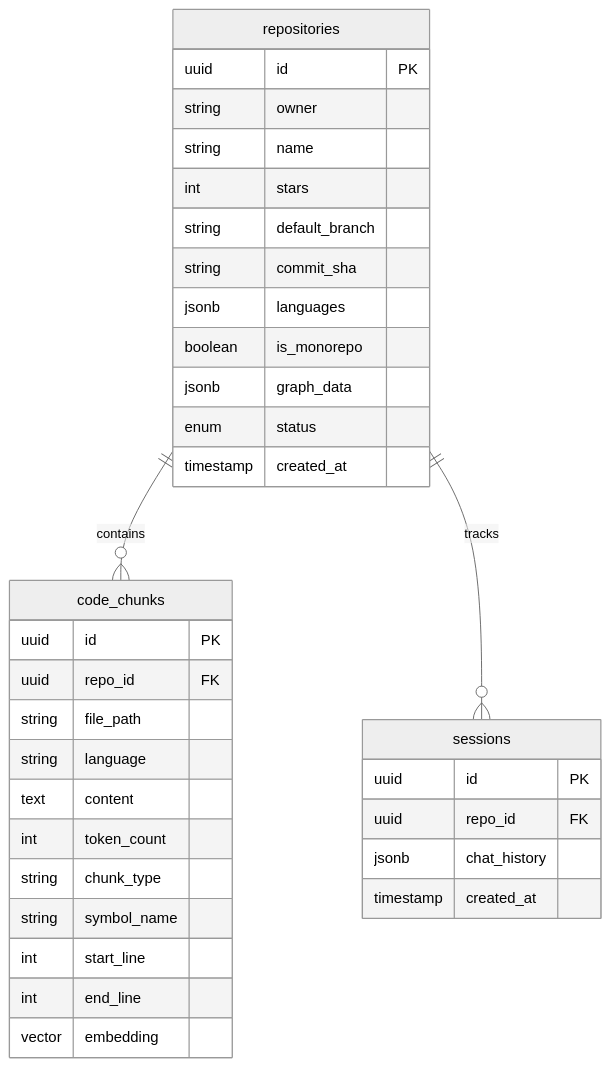
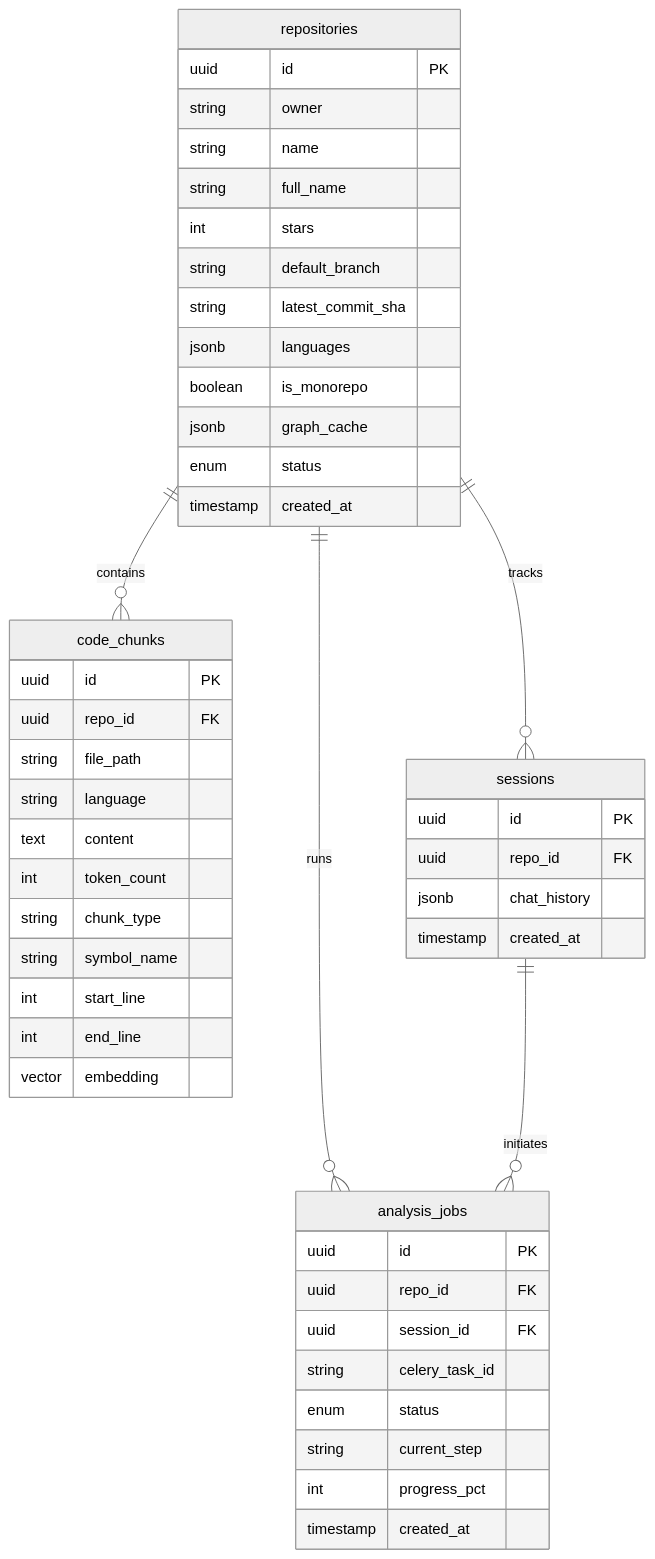
Before and after one commit to KaranParmar19/DEVLENS.ai: the third of 3 diagrams in README.md, drawn with Mermaid (neutral theme). The commit also changed other lines of this file, not shown here.

Commit message:
docs(readme): sync API routes, schema fields, and project layout

````diff
--- a/README.md
+++ b/README.md
@@ -276,40 +276,54 @@
 ```mermaid
 erDiagram
     repositories ||--o{ code_chunks : contains
     repositories ||--o{ sessions : tracks
+    repositories ||--o{ analysis_jobs : runs
+    sessions ||--o{ analysis_jobs : initiates
 
     repositories {
         uuid id PK
         string owner
         string name
+        string full_name
         int stars
         string default_branch
-        string commit_sha
+        string latest_commit_sha
         jsonb languages
         boolean is_monorepo
-        jsonb graph_data
+        jsonb graph_cache
         enum status
         timestamp created_at
     }
 
     code_chunks {
         uuid id PK
         uuid repo_id FK
         string file_path
         string language
         text content
         int token_count
         string chunk_type
         string symbol_name
         int start_line
         int end_line
         vector embedding
     }
 
     sessions {
         uuid id PK
         uuid repo_id FK
         jsonb chat_history
         timestamp created_at
     }
+
+    analysis_jobs {
+        uuid id PK
+        uuid repo_id FK
+        uuid session_id FK
+        string celery_task_id
+        enum status
+        string current_step
+        int progress_pct
+        timestamp created_at
+    }
 ```
````
